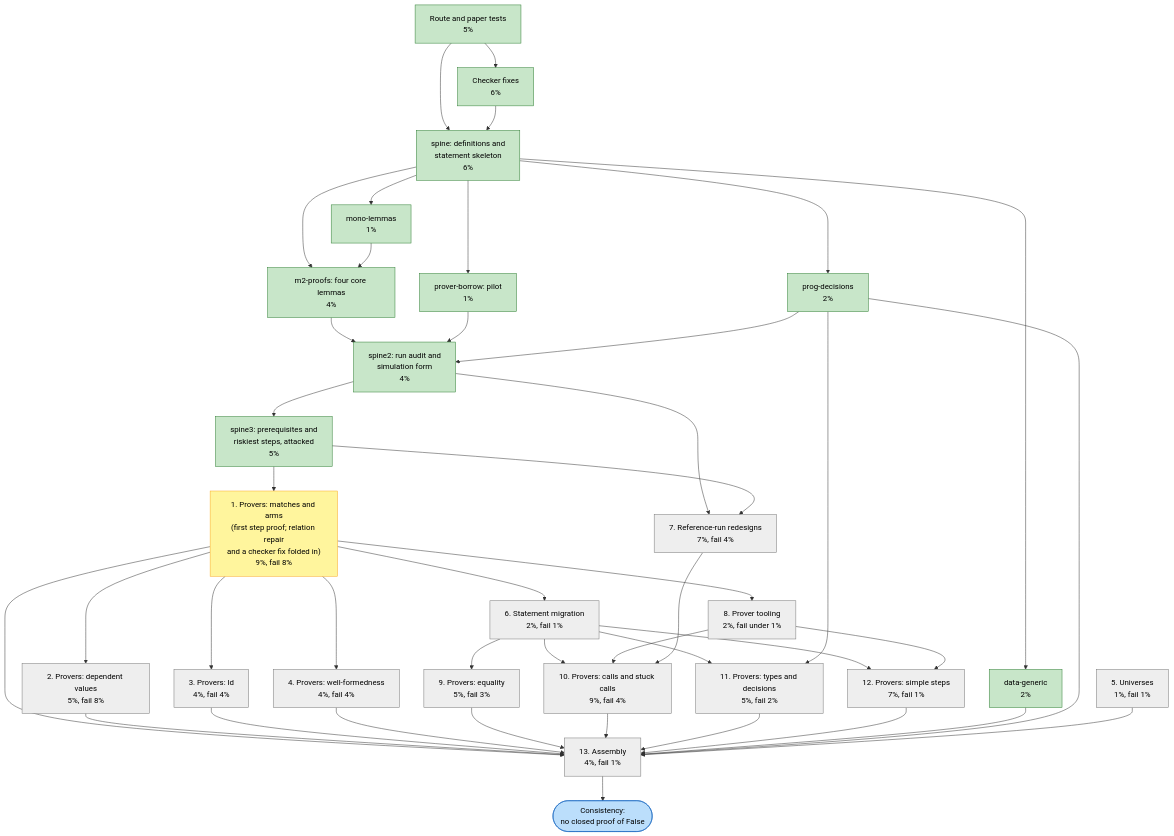
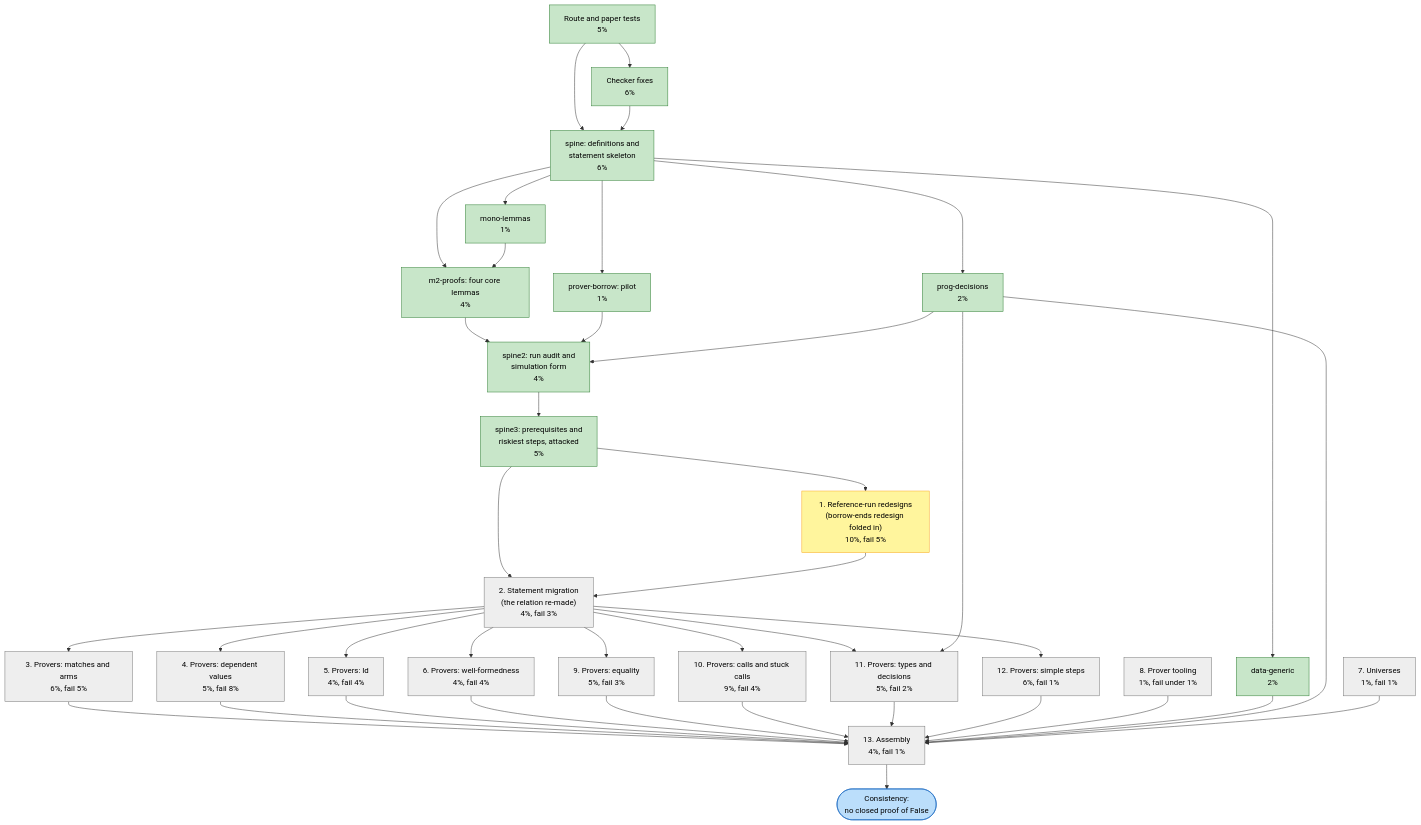
Before and after one commit to charlielidbury/ochre: the diagram in ochr/docs/32-consistency-work-units.md, drawn with Mermaid. The commit also changed other lines of this file, not shown here.

First line of the commit message:
ochr/docs/32: nothing depends on a proof; definitional work moves to the rows it belongs in

````diff
--- a/ochr/docs/32-consistency-work-units.md
+++ b/ochr/docs/32-consistency-work-units.md
@@ -77,82 +80,78 @@
 ```mermaid
 flowchart TD
     classDef done fill:#c8e6c9,stroke:#2e7d32,color:#000
     classDef running fill:#fff59d,stroke:#f9a825,color:#000
     classDef todo fill:#eeeeee,stroke:#757575,color:#000
     classDef goal fill:#bbdefb,stroke:#1565c0,color:#000
 
     tests["Route and paper tests<br/>5%"]:::done
     fixes["Checker fixes<br/>6%"]:::done
     spine["spine: definitions and<br/>statement skeleton<br/>6%"]:::done
     datagen["data-generic<br/>2%"]:::done
     mono["mono-lemmas<br/>1%"]:::done
     progdec["prog-decisions<br/>2%"]:::done
     m2["m2-proofs: four core lemmas<br/>4%"]:::done
     pborrow["prover-borrow: pilot<br/>1%"]:::done
     spine2["spine2: run audit and<br/>simulation form<br/>4%"]:::done
 
     spine3["spine3: prerequisites and<br/>riskiest steps, attacked<br/>5%"]:::done
 
-    pMatch["1. Provers: matches and arms<br/>(first step proof; relation repair<br/>and a checker fix folded in)<br/>9%, fail 8%"]:::running
-    dep["2. Provers: dependent values<br/>5%, fail 8%"]:::todo
-    idn["3. Provers: Id<br/>4%, fail 4%"]:::todo
-    wf["4. Provers: well-formedness<br/>4%, fail 4%"]:::todo
-    universes["5. Universes<br/>1%, fail 1%"]:::todo
-    migrate["6. Statement migration<br/>2%, fail 1%"]:::todo
-    redesign["7. Reference-run redesigns<br/>7%, fail 4%"]:::todo
-    tooling["8. Prover tooling<br/>2%, fail under 1%"]:::todo
+    redesign["1. Reference-run redesigns<br/>(borrow-ends redesign folded in)<br/>10%, fail 5%"]:::running
+    migrate["2. Statement migration<br/>(the relation re-made)<br/>4%, fail 3%"]:::todo
 
+    pMatch["3. Provers: matches and arms<br/>6%, fail 5%"]:::todo
+    dep["4. Provers: dependent values<br/>5%, fail 8%"]:::todo
+    idn["5. Provers: Id<br/>4%, fail 4%"]:::todo
+    wf["6. Provers: well-formedness<br/>4%, fail 4%"]:::todo
+    universes["7. Universes<br/>1%, fail 1%"]:::todo
+    tooling["8. Prover tooling<br/>1%, fail under 1%"]:::todo
     pEq["9. Provers: equality<br/>5%, fail 3%"]:::todo
     pCalls["10. Provers: calls and stuck calls<br/>9%, fail 4%"]:::todo
     pTypes["11. Provers: types and decisions<br/>5%, fail 2%"]:::todo
-    pSimple["12. Provers: simple steps<br/>7%, fail 1%"]:::todo
+    pSimple["12. Provers: simple steps<br/>6%, fail 1%"]:::todo
 
     assembly["13. Assembly<br/>4%, fail 1%"]:::todo
     goal(["Consistency:<br/>no closed proof of False"]):::goal
 
     tests --> fixes
     tests --> spine
     fixes --> spine
     spine --> datagen
     spine --> mono
     spine --> progdec
     spine --> m2
     spine --> pborrow
     mono --> m2
     m2 --> spine2
     pborrow --> spine2
     progdec --> spine2
 
     spine2 --> spine3
-    spine2 --> redesign
-    spine3 --> pMatch
     spine3 --> redesign
+    spine3 --> migrate
+    redesign --> migrate
 
-    pMatch --> dep
-    pMatch --> idn
-    pMatch --> wf
-    pMatch --> migrate
-    pMatch --> tooling
-
+    migrate --> pMatch
+    migrate --> dep
+    migrate --> idn
+    migrate --> wf
     migrate --> pEq
     migrate --> pCalls
     migrate --> pTypes
     migrate --> pSimple
-    tooling --> pCalls
-    tooling --> pSimple
-    redesign --> pCalls
     progdec --> pTypes
 
     pMatch --> assembly
     dep --> assembly
     idn --> assembly
     wf --> assembly
     pEq --> assembly
     pCalls --> assembly
     pTypes --> assembly
     pSimple --> assembly
+    tooling --> assembly
     datagen --> assembly
     progdec --> assembly
     universes --> assembly
     assembly --> goal
 ```
````
